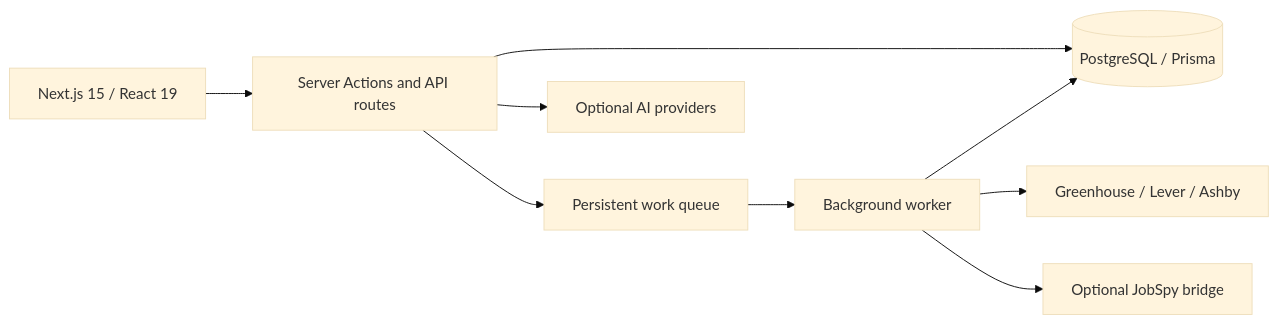
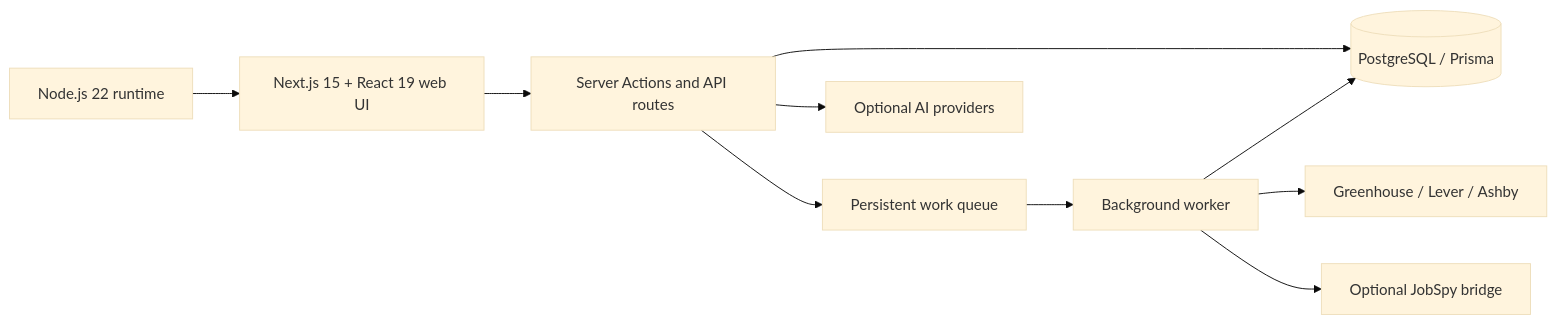
Before and after one commit to yangx219/jobmatchpilot: the diagram in README.md, drawn with Mermaid (base theme). The commit also changed other lines of this file, not shown here.

Commit message:
docs: clarify runtime and optional collector requirements

````diff
--- a/README.md
+++ b/README.md
@@ -83,11 +83,12 @@
 ```mermaid
 flowchart LR
-  UI[Next.js 15 / React 19] --> SA[Server Actions and API routes]
+  RUNTIME[Node.js 22 runtime] --> UI[Next.js 15 + React 19 web UI]
+  UI --> SA[Server Actions and API routes]
   SA --> DB[(PostgreSQL / Prisma)]
   SA --> Q[Persistent work queue]
   Q --> W[Background worker]
   W --> ATS[Greenhouse / Lever / Ashby]
   W --> JS[Optional JobSpy bridge]
   W --> DB
   SA --> AI[Optional AI providers]
 ```
````
